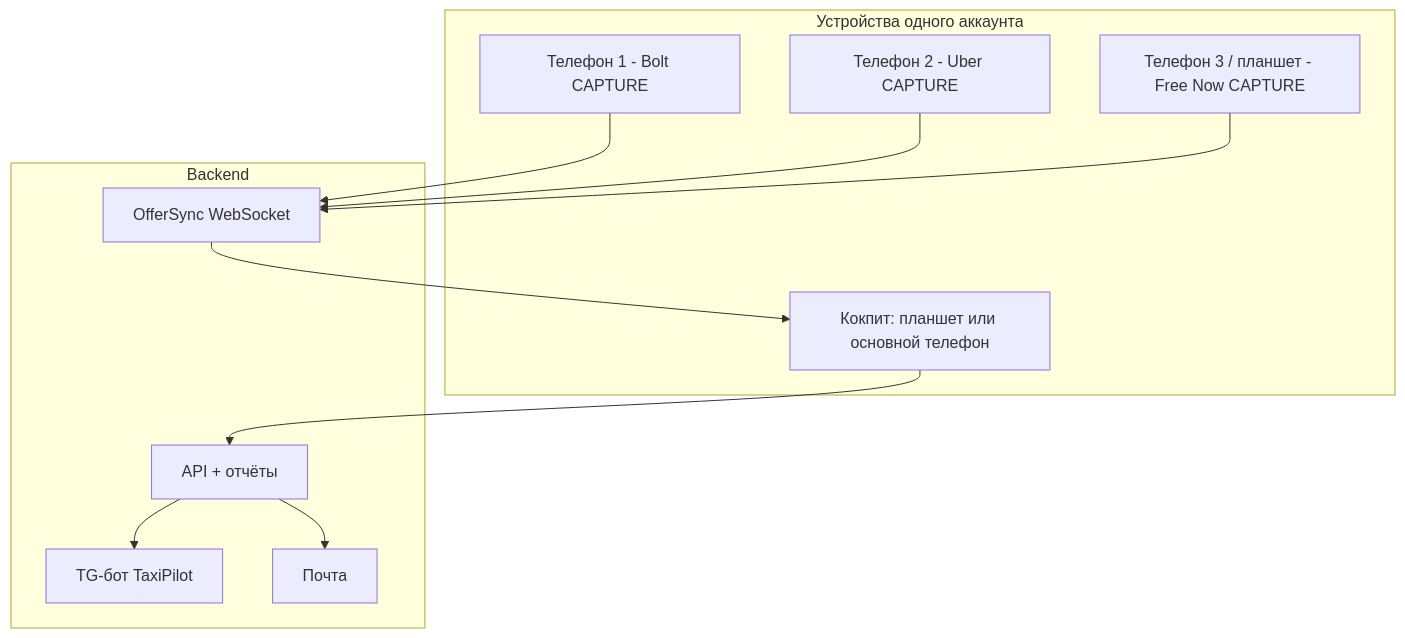
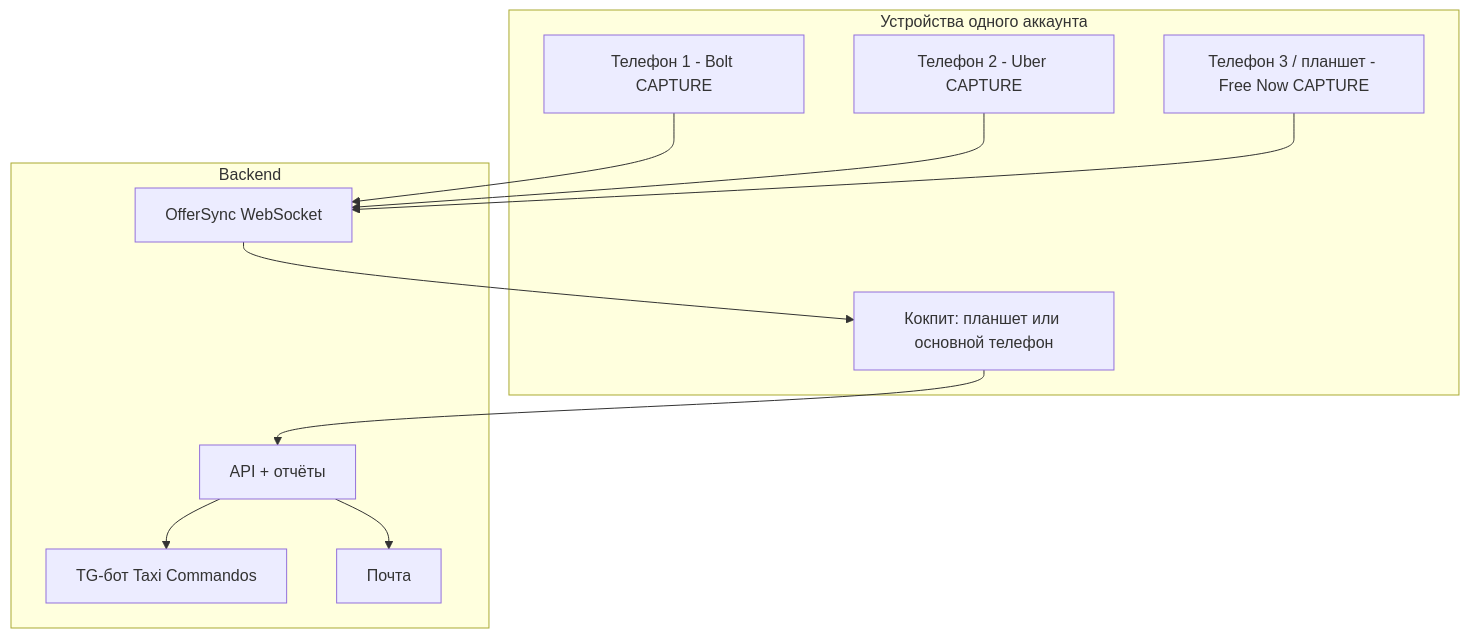
One commit to vitalxp/bot changed the first of 2 diagrams in docs/decomposition.md. Above: the diagram before and after it, drawn with Mermaid. The commit also changed other lines of this file and 6 other files, not shown here.

Commit message:
docs: brand as Taxi Commandos on taxicom.app (package, API, email, Telegram bot)

````diff
--- a/docs/decomposition.md
+++ b/docs/decomposition.md
@@ -16,22 +17,22 @@
 ```mermaid
 flowchart TB
     subgraph devices [Устройства одного аккаунта]
         P1[Телефон 1 - Bolt CAPTURE]
         P2[Телефон 2 - Uber CAPTURE]
         P3[Телефон 3 / планшет - Free Now CAPTURE]
         Hub[Кокпит: планшет или основной телефон]
     end
     subgraph cloud [Backend]
         Sync[OfferSync WebSocket]
         API[API + отчёты]
-        TG[TG-бот TaxiPilot]
+        TG[TG-бот Taxi Commandos]
         Mail[Почта]
     end
     P1 --> Sync
     P2 --> Sync
     P3 --> Sync
     Sync --> Hub
     Hub --> API
     API --> TG
     API --> Mail
 ```
````
